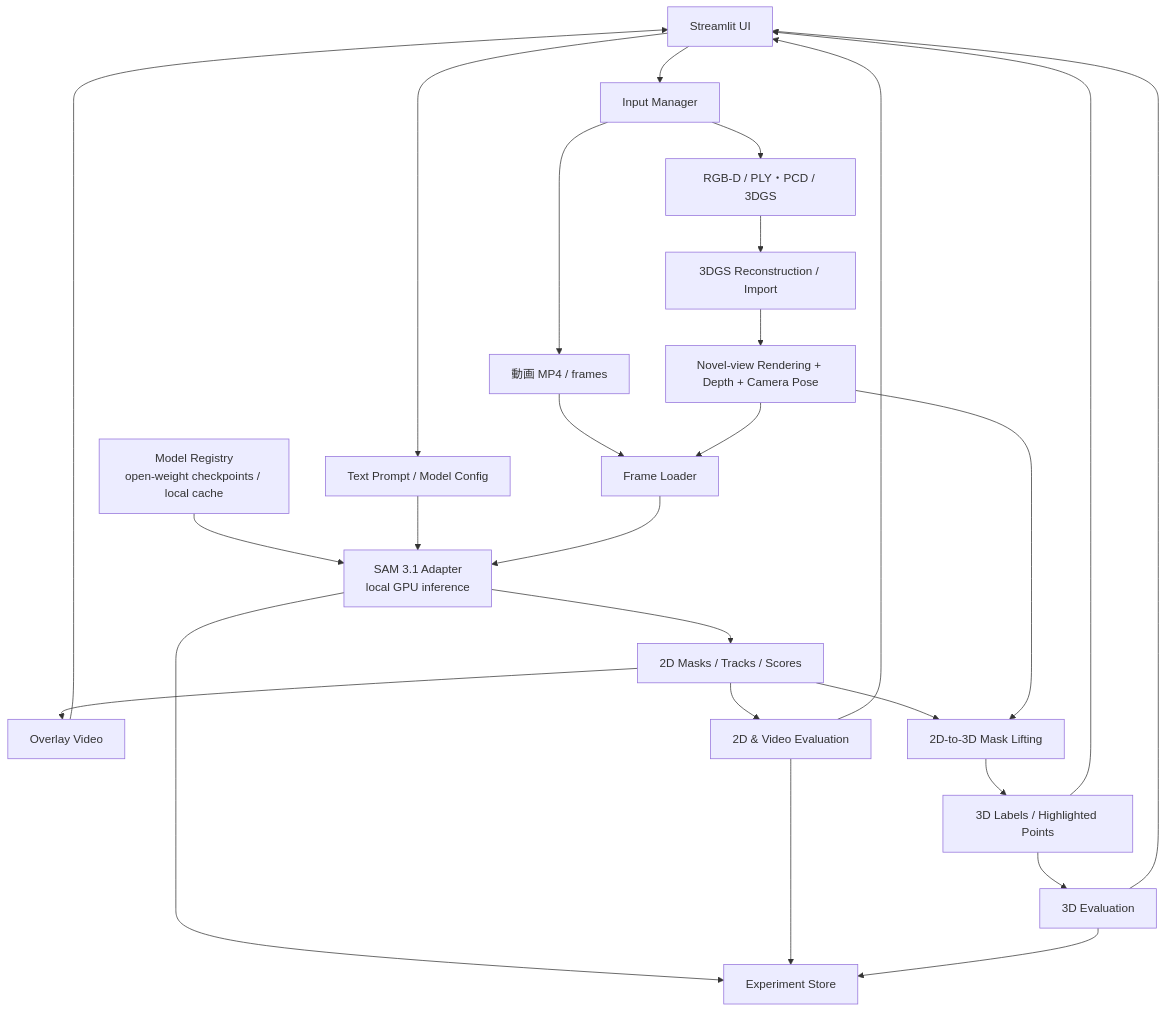
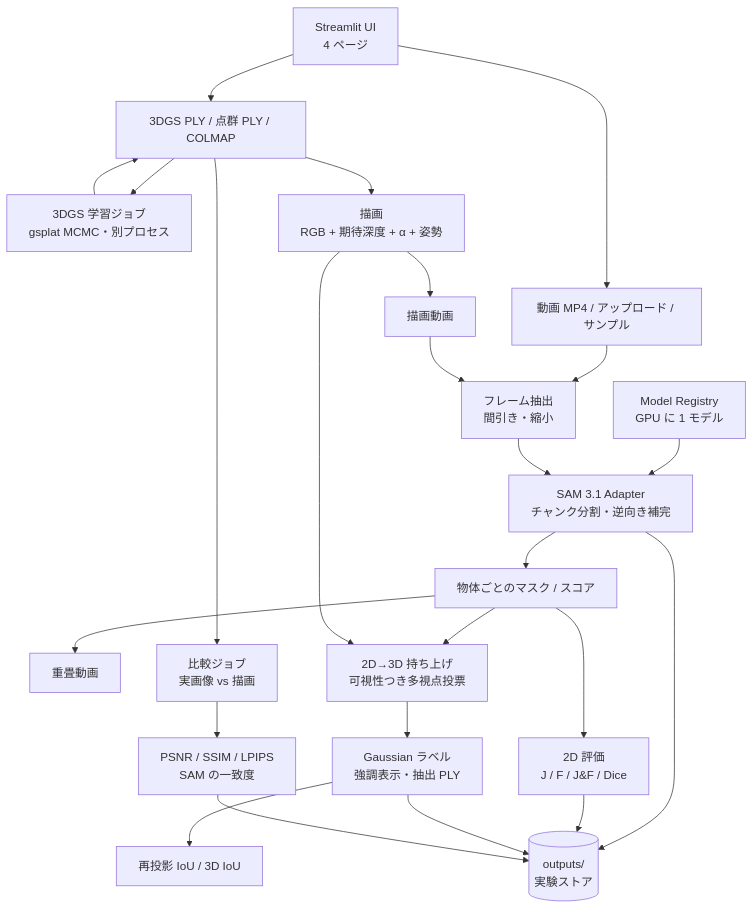
The diagram in docs/spatialsam_design.md (mutomasa/gaussian-sam-studio), drawn with Mermaid before and after one commit. The commit also changed other lines of this file, not shown here.

````diff
--- a/docs/spatialsam_design.md
+++ b/docs/spatialsam_design.md
@@ -42,28 +51,26 @@
 ```mermaid
 flowchart TD
-    UI[Streamlit UI] --> INPUT[Input Manager]
-    INPUT --> VIDEO[動画 MP4 / frames]
-    INPUT --> SPATIAL[RGB-D / PLY・PCD / 3DGS]
-    SPATIAL --> RECON[3DGS Reconstruction / Import]
-    RECON --> RENDER[Novel-view Rendering + Depth + Camera Pose]
-    VIDEO --> FRAMES[Frame Loader]
-    RENDER --> FRAMES
-    UI --> PROMPT[Text Prompt / Model Config]
-    REG[Model Registry<br/>open-weight checkpoints / local cache] --> SAM
-    PROMPT --> SAM[SAM 3.1 Adapter<br/>local GPU inference]
-    FRAMES --> SAM
-    SAM --> MASK[2D Masks / Tracks / Scores]
-    MASK --> OVERLAY[Overlay Video]
-    MASK --> METRIC2D[2D & Video Evaluation]
-    MASK --> LIFT[2D-to-3D Mask Lifting]
+    UI[Streamlit UI<br/>4 ページ] --> VIDEO[動画 MP4 / アップロード / サンプル]
+    UI --> SCENE[3DGS PLY / 点群 PLY / COLMAP]
+    SCENE --> TRAIN[3DGS 学習ジョブ<br/>gsplat MCMC・別プロセス]
+    TRAIN --> SCENE
+    SCENE --> RENDER[描画<br/>RGB + 期待深度 + α + 姿勢]
+    RENDER --> RVIDEO[描画動画]
+    VIDEO --> FRAMES[フレーム抽出<br/>間引き・縮小]
+    RVIDEO --> FRAMES
+    REG[Model Registry<br/>GPU に 1 モデル] --> SAM
+    FRAMES --> SAM[SAM 3.1 Adapter<br/>チャンク分割・逆向き補完]
+    SAM --> MASK[物体ごとのマスク / スコア]
+    MASK --> OVERLAY[重畳動画]
+    MASK --> M2D[2D 評価<br/>J / F / J&F / Dice]
+    MASK --> LIFT[2D→3D 持ち上げ<br/>可視性つき多視点投票]
     RENDER --> LIFT
-    LIFT --> SCENE[3D Labels / Highlighted Points]
-    SCENE --> METRIC3D[3D Evaluation]
-    OVERLAY --> UI
-    METRIC2D --> UI
-    SCENE --> UI
-    METRIC3D --> UI
-    SAM --> EXP[Experiment Store]
-    METRIC2D --> EXP
-    METRIC3D --> EXP
+    LIFT --> LABEL[Gaussian ラベル<br/>強調表示・抽出 PLY]
+    LABEL --> M3D[再投影 IoU / 3D IoU]
+    SCENE --> CMP[比較ジョブ<br/>実画像 vs 描画]
+    CMP --> MQ[PSNR / SSIM / LPIPS<br/>SAM の一致度]
+    SAM --> STORE[(outputs/<br/>実験ストア)]
+    M2D --> STORE
+    LABEL --> STORE
+    MQ --> STORE
 ```
````
